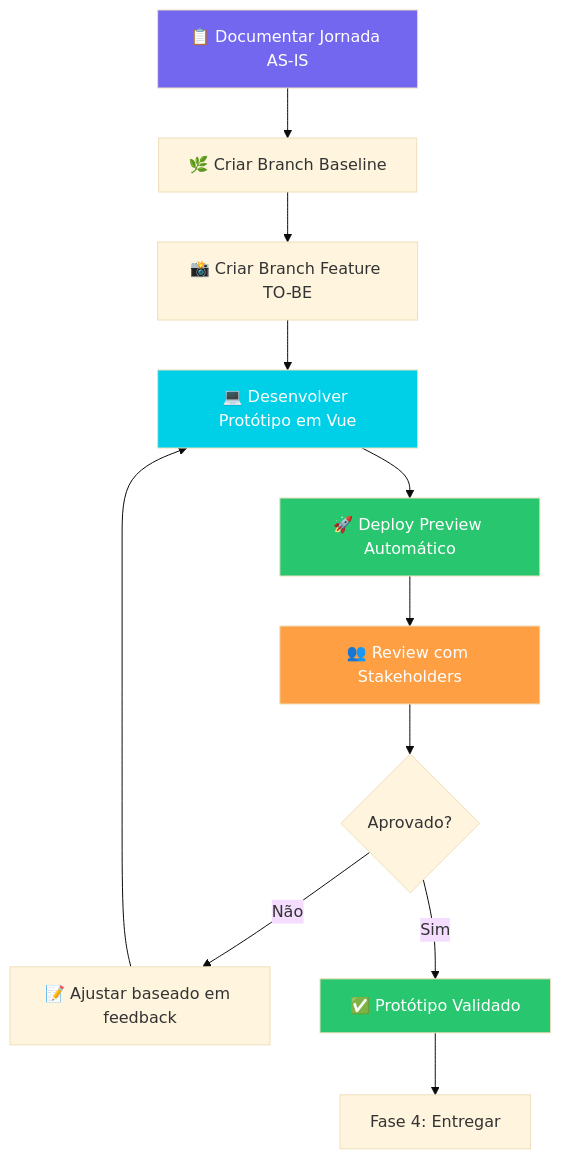
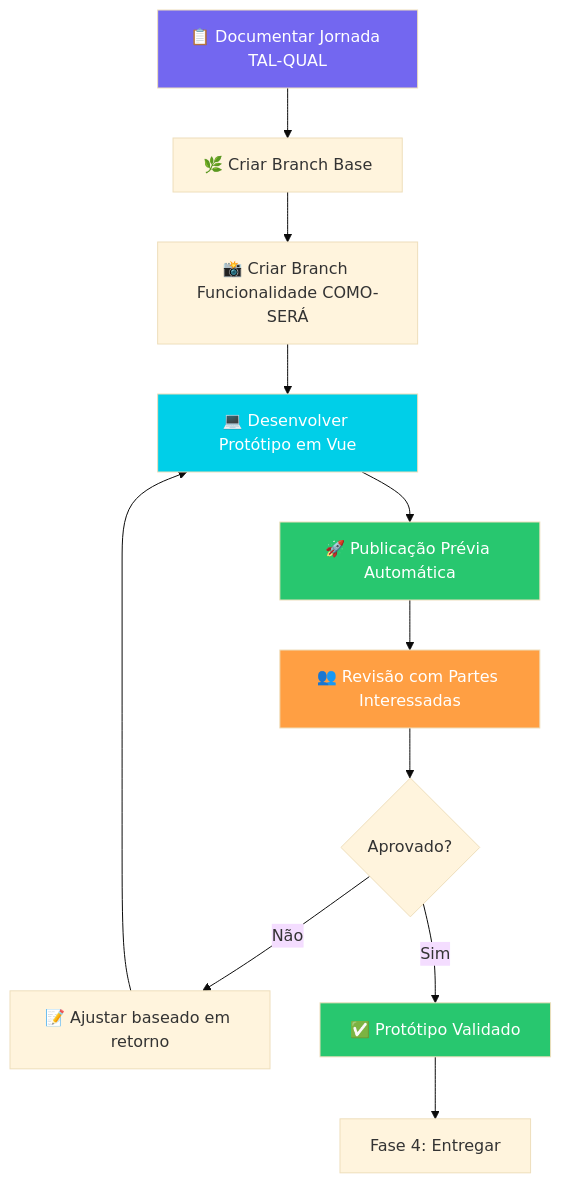
The third of 5 diagrams in documentation/docs/produto/design-process.md (fabioeducacross/Ambiente_de_Prototipacao_V5), drawn with Mermaid (base theme) before and after one commit. The commit also changed other lines of this file, not shown here.

````diff
--- a/documentation/docs/produto/design-process.md
+++ b/documentation/docs/produto/design-process.md
@@ -165,19 +165,19 @@
 ```mermaid
 graph TD
-    A[📋 Documentar Jornada AS-IS] --> B[🌿 Criar Branch Baseline]
-    B --> C[📸 Criar Branch Feature TO-BE]
+    A[📋 Documentar Jornada TAL-QUAL] --> B[🌿 Criar Branch Base]
+    B --> C[📸 Criar Branch Funcionalidade COMO-SERÁ]
     C --> D[💻 Desenvolver Protótipo em Vue]
-    D --> E[🚀 Deploy Preview Automático]
-    E --> F[👥 Review com Stakeholders]
+    D --> E[🚀 Publicação Prévia Automática]
+    E --> F[👥 Revisão com Partes Interessadas]
     F --> G{Aprovado?}
-    G -->|Não| H[📝 Ajustar baseado em feedback]
+    G -->|Não| H[📝 Ajustar baseado em retorno]
     H --> D
     G -->|Sim| I[✅ Protótipo Validado]
     I --> J[Fase 4: Entregar]
 
     style A fill:#7367F0,color:#fff
     style D fill:#00CFE8,color:#fff
     style E fill:#28C76F,color:#fff
     style F fill:#FF9F43,color:#fff
     style I fill:#28C76F,color:#fff
 ```
````
